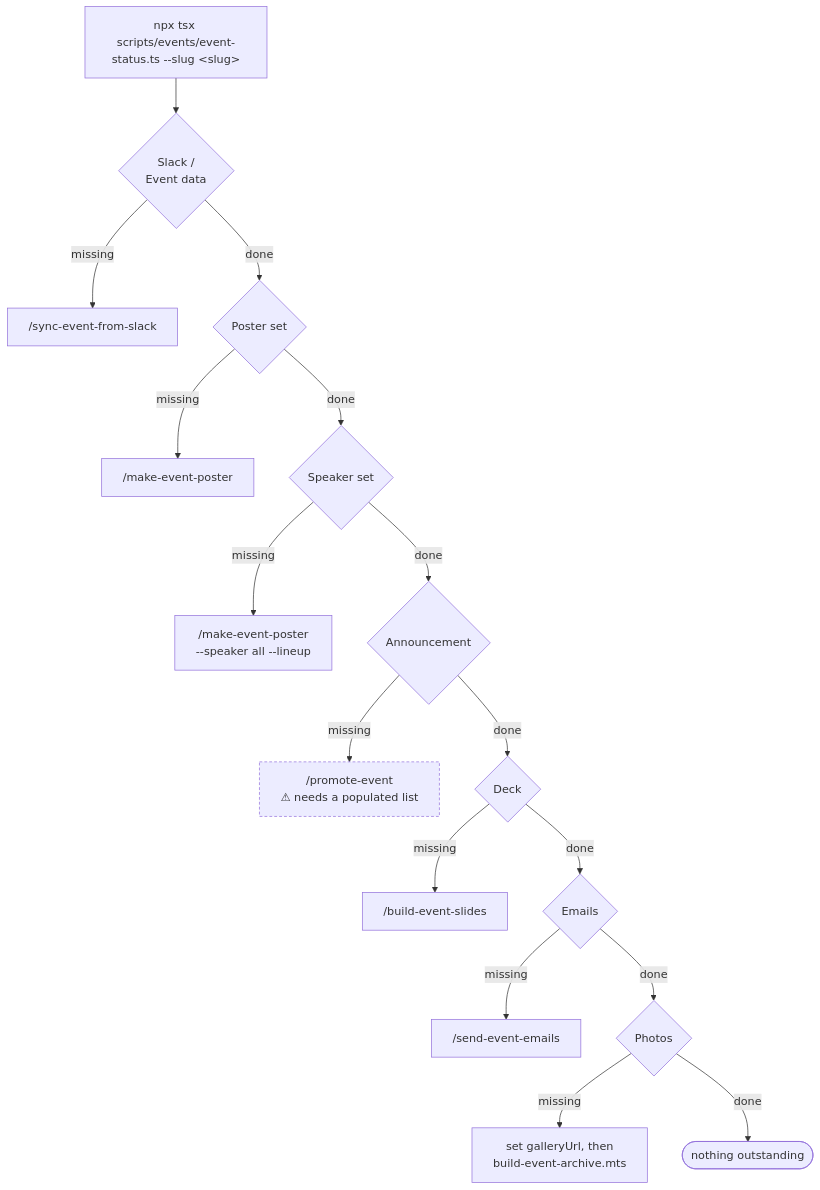
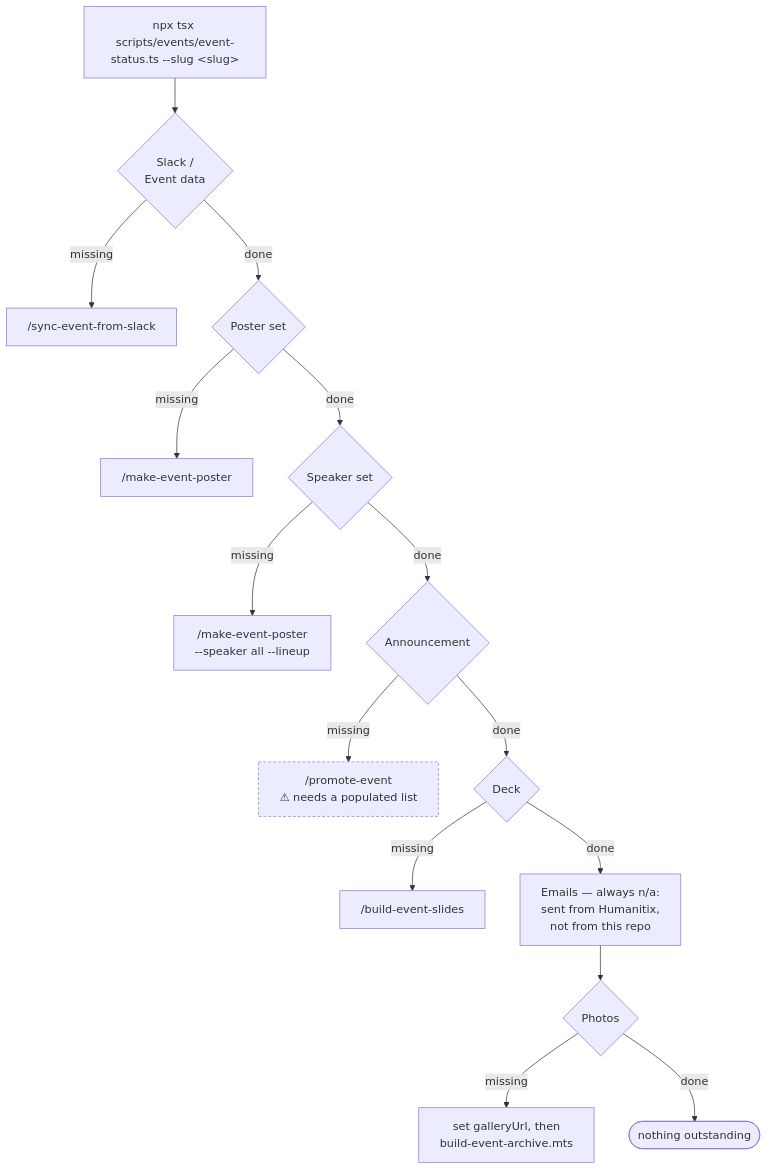
Diagram 16 of 17 in docs/development/EVENT_LIFECYCLE_SOP.md (ChanMeng666/she-sharp), drawn with Mermaid before and after one commit. The commit also changed other lines of this file and 28 other files, not shown here.

````diff
--- a/docs/development/EVENT_LIFECYCLE_SOP.md
+++ b/docs/development/EVENT_LIFECYCLE_SOP.md
@@ -1303,22 +1302,21 @@
 ```mermaid
 flowchart TD
   Q["npx tsx scripts/events/event-status.ts --slug &lt;slug&gt;"]
   Q --> S{"Slack /<br/>Event data"}
   S -->|missing| S1["/sync-event-from-slack"]
   S -->|done| P{"Poster set"}
   P -->|missing| P1["/make-event-poster"]
   P -->|done| SP{"Speaker set"}
   SP -->|missing| SP1["/make-event-poster<br/>--speaker all --lineup"]
   SP -->|done| A{"Announcement"}
   A -->|missing| A1["/promote-event<br/>⚠ needs a populated list"]
   A -->|done| D{"Deck"}
   D -->|missing| D1["/build-event-slides"]
-  D -->|done| E{"Emails"}
-  E -->|missing| E1["/send-event-emails"]
-  E -->|done| G{"Photos"}
+  D -->|done| E["Emails — always n/a:<br/>sent from Humanitix,<br/>not from this repo"]
+  E --> G{"Photos"}
   G -->|missing| G1["set galleryUrl, then<br/>build-event-archive.mts"]
   G -->|done| DONE(["nothing outstanding"])
 
   classDef blocked stroke-dasharray:4 3
   class A1 blocked
 ```
````
